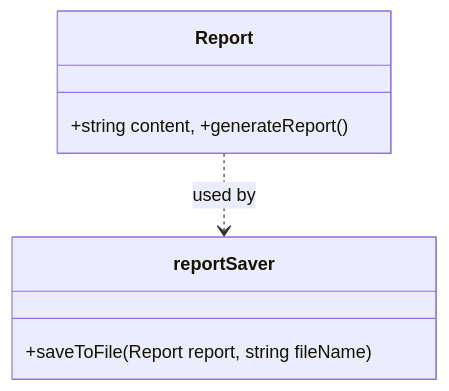
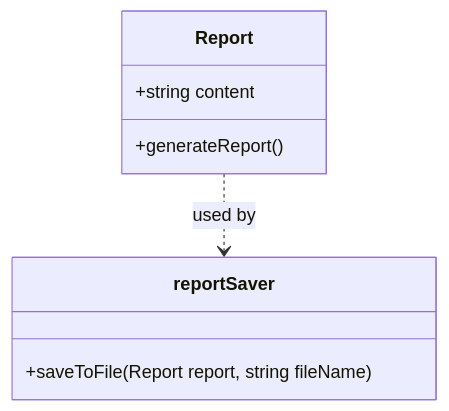
One commit to divyap271/systemDesign changed the first of 22 diagrams in readme.md. Above: the diagram before and after it, drawn with Mermaid. The commit also changed other lines of this file, not shown here.

````diff
--- a/readme.md
+++ b/readme.md
@@ -43,6 +56,11 @@
 ```mermaid
 classDiagram
-    class Report { +string content, +generateReport() }
-    class reportSaver { +saveToFile(Report report, string fileName) }
+    class Report {
+        +string content
+        +generateReport()
+    }
+    class reportSaver {
+        +saveToFile(Report report, string fileName)
+    }
     Report ..> reportSaver : used by
 ```
````
